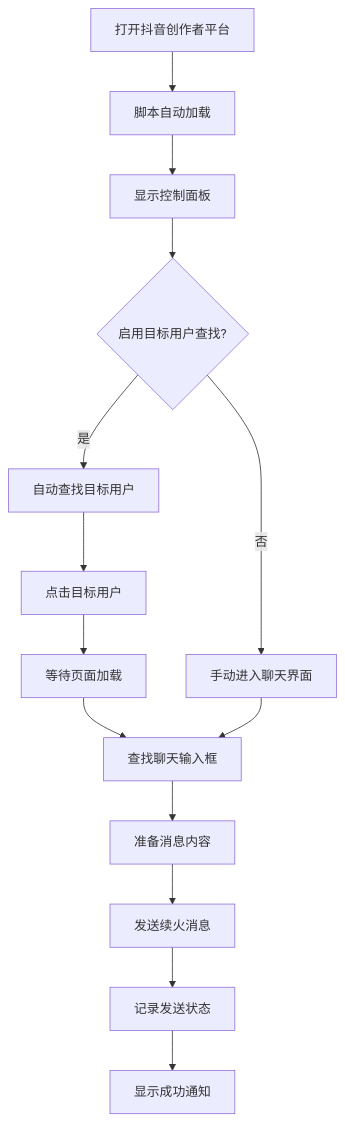
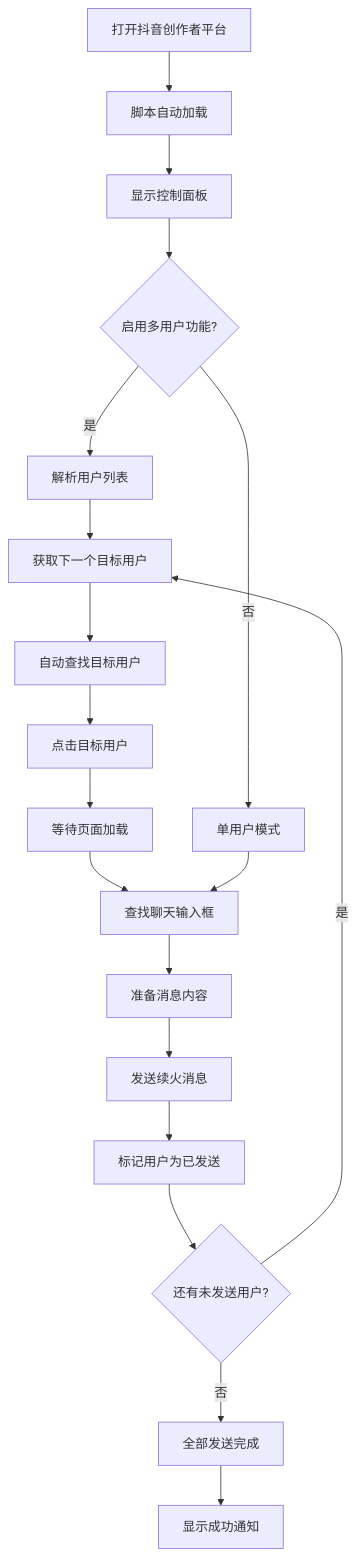
The diagram in README.md (dr-190/ScriptCat-Douyin-Fire-Helper), drawn with Mermaid before and after one commit. The commit also changed other lines of this file, not shown here.

````diff
--- a/README.md
+++ b/README.md
@@ -67,16 +75,21 @@
 ```mermaid
 graph TD
     A[打开抖音创作者平台] --> B[脚本自动加载]
     B --> C[显示控制面板]
-    C --> D{启用目标用户查找?}
-    D -->|是| E[自动查找目标用户]
-    D -->|否| F[手动进入聊天界面]
-    E --> G[点击目标用户]
-    G --> H[等待页面加载]
-    H --> I[查找聊天输入框]
-    F --> I
-    I --> J[准备消息内容]
-    J --> K[发送续火消息]
-    K --> L[记录发送状态]
-    L --> M[显示成功通知]
+    C --> D{启用多用户功能?}
+    D -->|是| E[解析用户列表]
+    D -->|否| F[单用户模式]
+    E --> G[获取下一个目标用户]
+    G --> H[自动查找目标用户]
+    H --> I[点击目标用户]
+    I --> J[等待页面加载]
+    J --> K[查找聊天输入框]
+    F --> K
+    K --> L[准备消息内容]
+    L --> M[发送续火消息]
+    M --> N[标记用户为已发送]
+    N --> O{还有未发送用户?}
+    O -->|是| G
+    O -->|否| P[全部发送完成]
+    P --> Q[显示成功通知]
 ```
````
